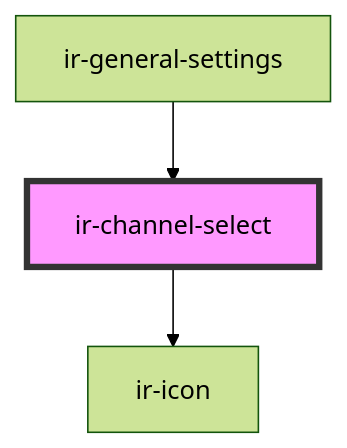
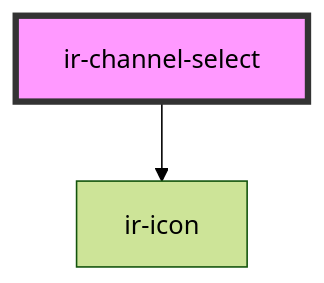
The diagram in src/components/ir-channel-select/readme.md (freddynasr/ir-webcmp), drawn with Mermaid (forest theme) before and after one commit. The commit also changed other lines of this file and 18 other files, not shown here.

````diff
--- a/src/components/ir-channel-select/readme.md
+++ b/src/components/ir-channel-select/readme.md
@@ -36,6 +32,5 @@
 ```mermaid
 graph TD;
   ir-channel-select --> ir-icon
-  ir-general-settings --> ir-channel-select
   style ir-channel-select fill:#f9f,stroke:#333,stroke-width:4px
 ```
````
